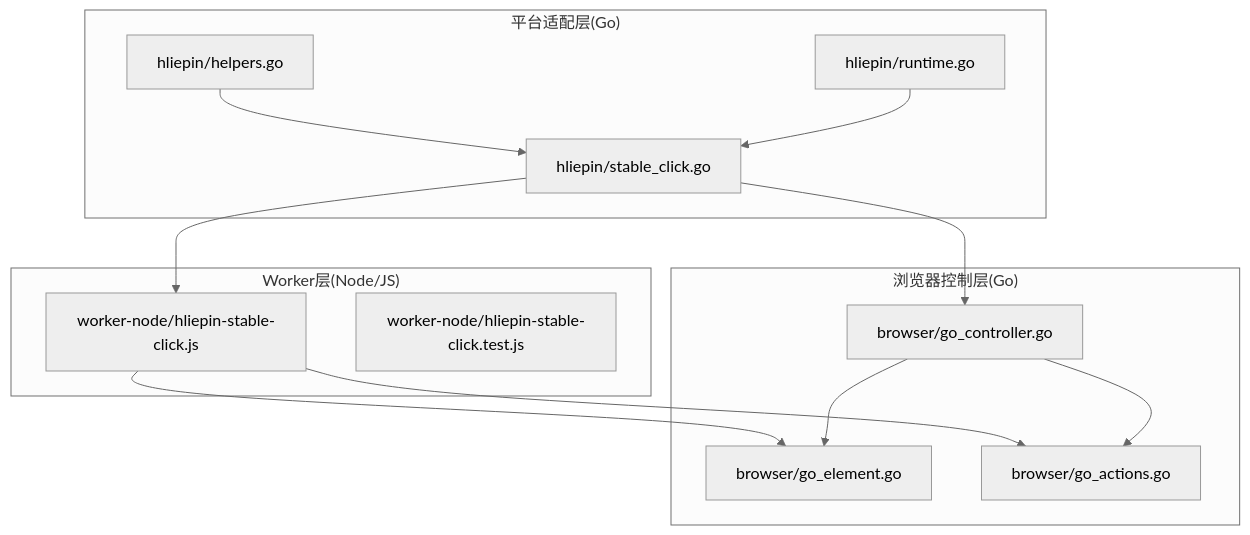
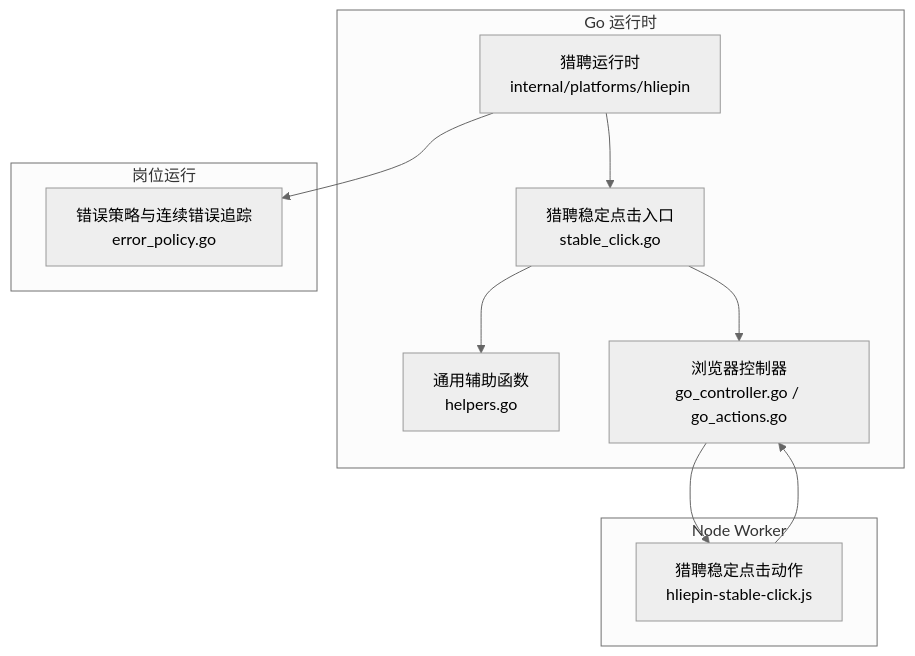
Before and after one commit to alvinwangzi/goodhr: the first of 7 diagrams in .qoder/repowiki/zh/content/本地执行器/平台适配器/猎聘适配器/稳定点击机制.md, drawn with Mermaid (neutral theme). The commit also changed other lines of this file and 149 other files, not shown here.

````diff
--- a/.qoder/repowiki/zh/content/本地执行器/平台适配器/猎聘适配器/稳定点击机制.md
+++ b/.qoder/repowiki/zh/content/本地执行器/平台适配器/猎聘适配器/稳定点击机制.md
@@ -36,25 +31,21 @@
 ```mermaid
 graph TB
-subgraph "平台适配层(Go)"
-HSC["hliepin/stable_click.go"]
-HHELPER["hliepin/helpers.go"]
-HRUNTIME["hliepin/runtime.go"]
+subgraph "Go 运行时"
+HRuntime["猎聘运行时<br/>internal/platforms/hliepin"]
+HStableClick["猎聘稳定点击入口<br/>stable_click.go"]
+Helpers["通用辅助函数<br/>helpers.go"]
+BrowserCtrl["浏览器控制器<br/>go_controller.go / go_actions.go"]
 end
-subgraph "Worker层(Node/JS)"
-WCLICK["worker-node/hliepin-stable-click.js"]
-WTEST["worker-node/hliepin-stable-click.test.js"]
+subgraph "Node Worker"
+WStableClick["猎聘稳定点击动作<br/>hliepin-stable-click.js"]
 end
-subgraph "浏览器控制层(Go)"
-GEL["browser/go_element.go"]
-GACT["browser/go_actions.go"]
-GCTL["browser/go_controller.go"]
+subgraph "岗位运行"
+ErrorPolicy["错误策略与连续错误追踪<br/>error_policy.go"]
 end
-HSC --> WCLICK
-HSC --> GCTL
-HHELPER --> HSC
-HRUNTIME --> HSC
-WCLICK --> GEL
-WCLICK --> GACT
-GCTL --> GEL
-GCTL --> GACT
+HRuntime --> HStableClick
+HStableClick --> Helpers
+HStableClick --> BrowserCtrl
+BrowserCtrl --> WStableClick
+WStableClick --> BrowserCtrl
+HRuntime --> ErrorPolicy
 ```
````
